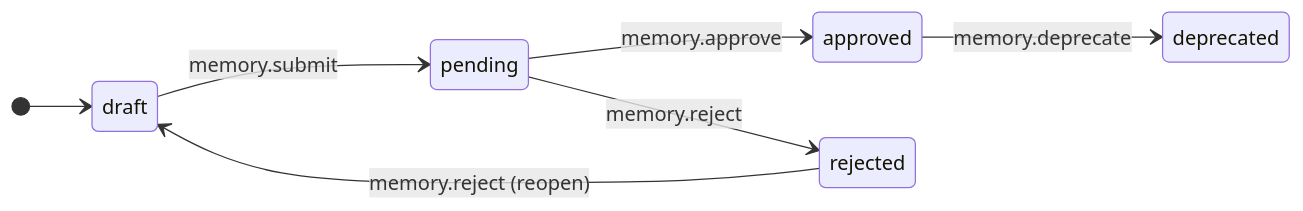
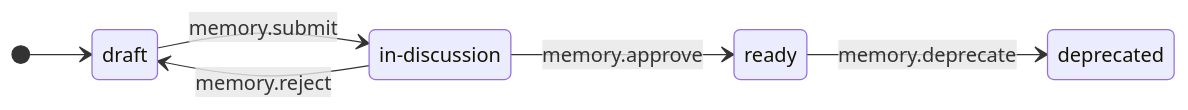
Diagram 18 of 21 in .wingfoil/WORKFLOW.md (robypomper/wingfoil), drawn with Mermaid before and after one commit. The commit also changed other lines of this file, not shown here.

First line of the commit message:
docs(config): task-124 — WORKFLOW.md draws the adr, tech-spec and decision-log machines memory.yaml declares

````diff
--- a/.wingfoil/WORKFLOW.md
+++ b/.wingfoil/WORKFLOW.md
@@ -399,10 +397,11 @@
 ```mermaid
 stateDiagram-v2
     direction LR
     [*] --> draft
-    draft --> pending : memory.submit
-    pending --> approved : memory.approve
-    pending --> rejected : memory.reject
-    rejected --> draft : memory.reject (reopen)
-    approved --> deprecated : memory.deprecate
+    draft --> in_discussion : memory.submit
+    in_discussion --> ready : memory.approve
+    in_discussion --> draft : memory.reject
+    ready --> deprecated : memory.deprecate
+
+    in_discussion : in-discussion
 ```
````
